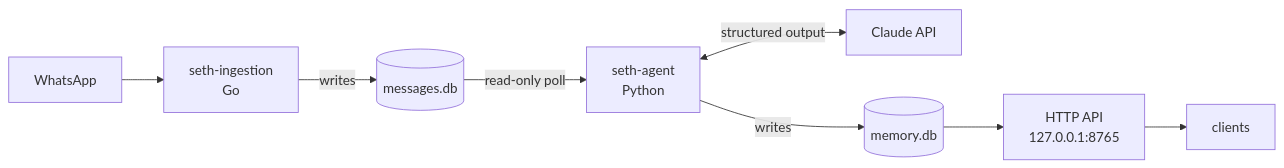
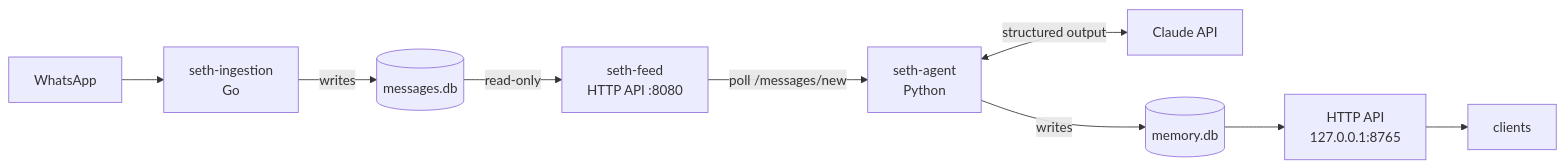
One commit to tongtianqi777/seth-agent changed the first of 2 diagrams in docs/DEVELOPMENT.md. Above: the diagram before and after it, drawn with Mermaid. The commit also changed other lines of this file and 17 other files, not shown here.

First line of the commit message:
Read messages through the seth-feed API instead of messages.db

````diff
--- a/docs/DEVELOPMENT.md
+++ b/docs/DEVELOPMENT.md
@@ -22,10 +22,11 @@
 ```mermaid
 flowchart LR
     WA[WhatsApp] --> ING[seth-ingestion<br/>Go]
     ING -->|writes| MDB[(messages.db)]
-    MDB -->|read-only poll| AG[seth-agent<br/>Python]
+    MDB -->|read-only| FEED[seth-feed<br/>HTTP API :8080]
+    FEED -->|poll /messages/new| AG[seth-agent<br/>Python]
     AG <-->|structured output| CL[Claude API]
     AG -->|writes| MEM[(memory.db)]
     MEM --> API[HTTP API<br/>127.0.0.1:8765]
     API --> CLIENT[clients]
 ```
````
